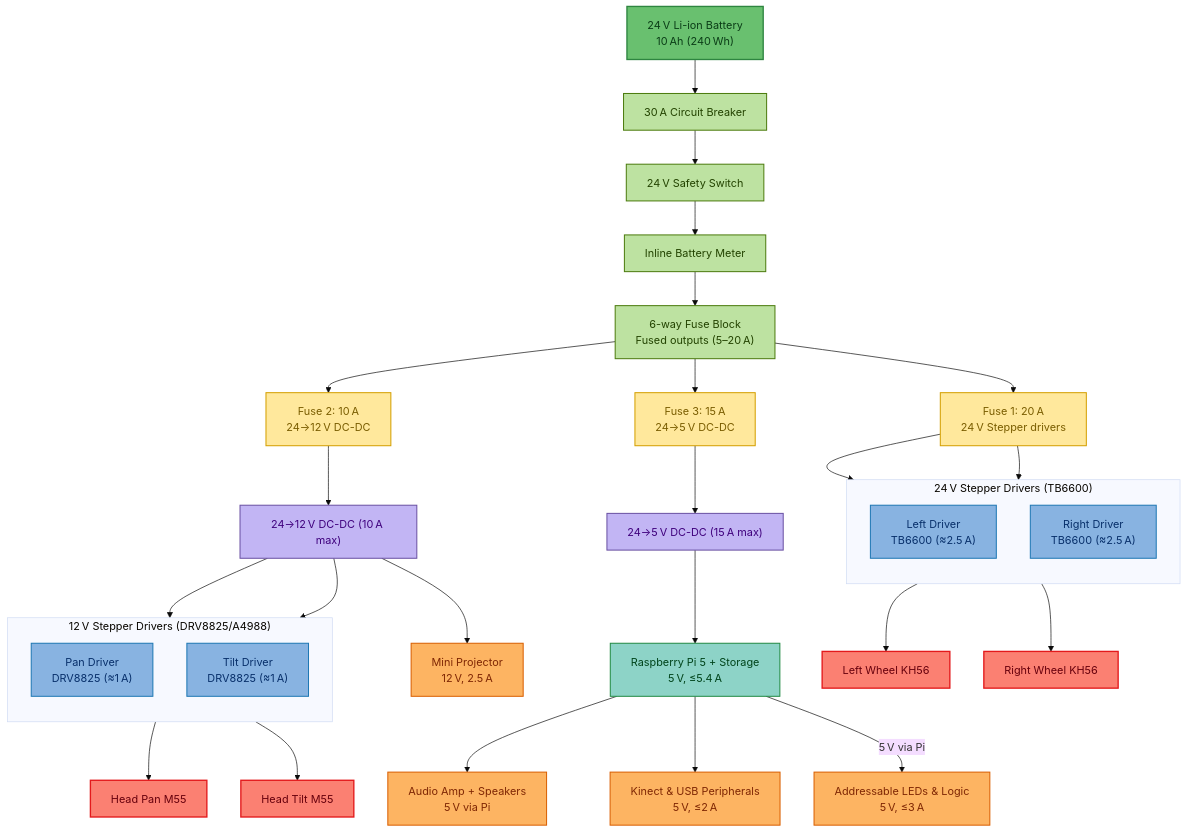
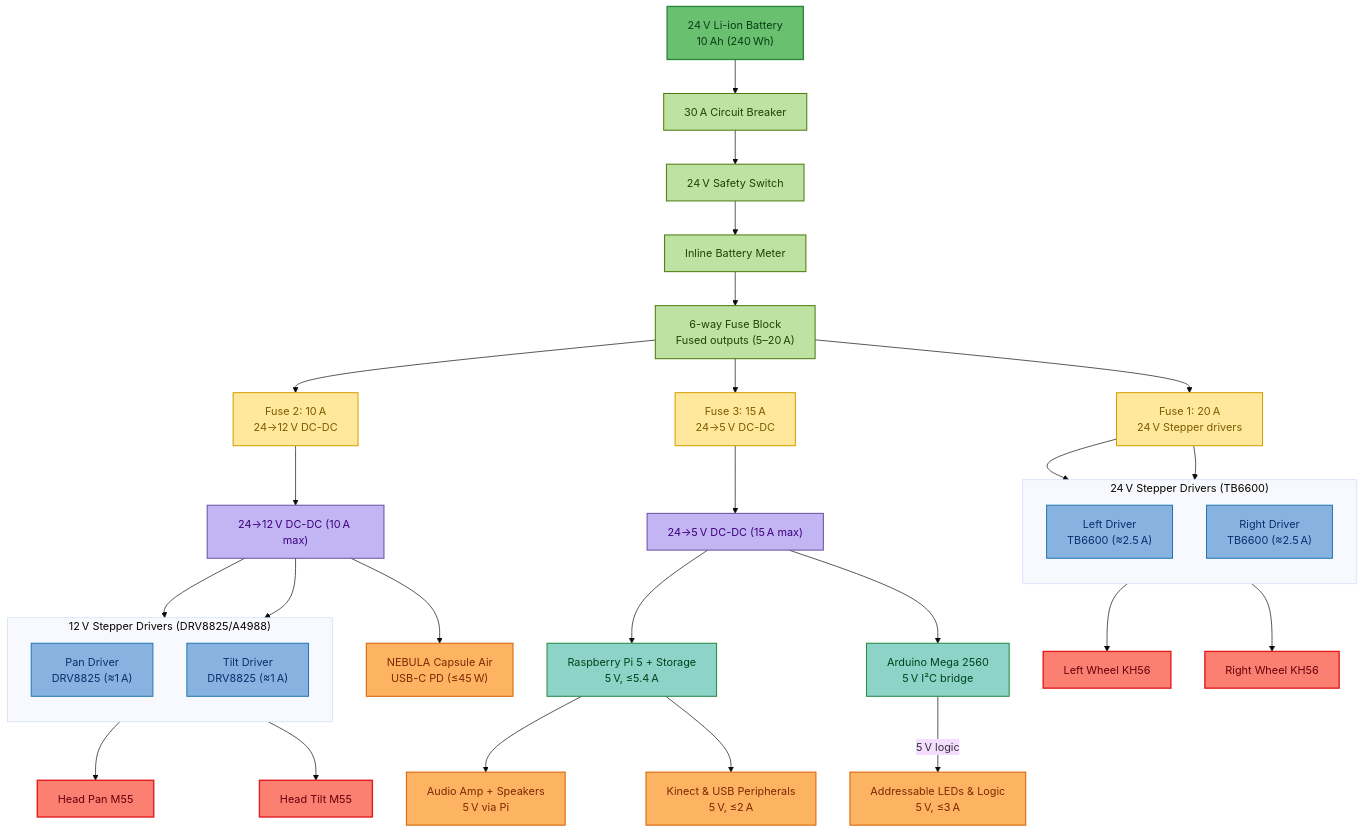
One commit to Mutilar/Marp changed the first of 2 diagrams in readme.md. Above: the diagram before and after it, drawn with Mermaid (base theme). The commit also changed other lines of this file and 2 other files, not shown here.

````diff
--- a/readme.md
+++ b/readme.md
@@ -19,62 +19,65 @@
 ```mermaid
 graph TD
     Battery["24 V Li-ion Battery\n10 Ah (240 Wh)"]
     Breaker["30 A Circuit Breaker"]
     Switch["24 V Safety Switch"]
     Meter["Inline Battery Meter"]
     FuseBlock["6-way Fuse Block\nFused outputs (5–20 A)"]
     FuseStepper24["Fuse 1: 20 A\n24 V Stepper drivers"]
     FuseBuck12["Fuse 2: 10 A\n24→12 V DC-DC"]
     FuseBuck5["Fuse 3: 15 A\n24→5 V DC-DC"]
     subgraph StepperDrivers24["24 V Stepper Drivers (TB6600)"]
         direction TB
         Stepper24Left["Left Driver\nTB6600 (≈2.5 A)"]
         Stepper24Right["Right Driver\nTB6600 (≈2.5 A)"]
     end
     Buck12["24→12 V DC-DC (10 A max)"]
     Buck5["24→5 V DC-DC (15 A max)"]
     subgraph StepperDrivers12["12 V Stepper Drivers (DRV8825/A4988)"]
         direction TB
         Stepper12Pan["Pan Driver\nDRV8825 (≈1 A)"]
         Stepper12Tilt["Tilt Driver\nDRV8825 (≈1 A)"]
     end
-    Projector["Mini Projector\n12 V, 2.5 A"]
+    Projector["NEBULA Capsule Air\nUSB-C PD (≤45 W)"]
     Audio["Audio Amp + Speakers\n5 V via Pi"]
     Pi["Raspberry Pi 5 + Storage\n5 V, ≤5.4 A"]
+    Arduino["Arduino Mega 2560\n5 V I²C bridge"]
     Kinect["Kinect & USB Peripherals\n5 V, ≤2 A"]
     LEDs["Addressable LEDs & Logic\n5 V, ≤3 A"]
 
     Battery --> Breaker --> Switch --> Meter --> FuseBlock
     FuseBlock --> FuseStepper24 --> Stepper24Left
     FuseStepper24 --> Stepper24Right
     FuseBlock --> FuseBuck12 --> Buck12
     Buck12 --> Stepper12Pan
     Buck12 --> Stepper12Tilt
     Buck12 --> Projector
     FuseBlock --> FuseBuck5 --> Buck5 --> Pi
+    Buck5 --> Arduino
     Pi --> Audio
     Pi --> Kinect
-    Pi -->|5 V via Pi| LEDs
+    Arduino -->|5 V logic| LEDs
     Stepper24Left --> LeftWheel["Left Wheel KH56"]
     Stepper24Right --> RightWheel["Right Wheel KH56"]
     Stepper12Pan --> HeadPan["Head Pan M55"]
     Stepper12Tilt --> HeadTilt["Head Tilt M55"]
 
     class Battery battery
     class Breaker,Switch,Meter,FuseBlock distribution
     class FuseStepper24,FuseBuck12,FuseBuck5 fuse
     class Stepper24Left,Stepper24Right,Stepper12Pan,Stepper12Tilt driver
     class Buck12,Buck5 converter
     class Pi compute
+    class Arduino compute
     class Projector,Audio,Kinect,LEDs peripheral
     class LeftWheel,RightWheel,HeadPan,HeadTilt motor
 
     classDef battery fill:#69c06f,stroke:#2e8540,color:#0b3d17,stroke-width:2px
     classDef distribution fill:#bde2a1,stroke:#4d7c0f,color:#234300,stroke-width:1.5px
     classDef fuse fill:#ffe89c,stroke:#d49f00,color:#7a5d00,stroke-width:1.5px
     classDef driver fill:#88b3e1,stroke:#1f78b4,color:#08306b,stroke-width:1.5px
     classDef converter fill:#c2b5f4,stroke:#6a51a3,color:#3f007d,stroke-width:1.5px
     classDef compute fill:#8dd3c7,stroke:#238b45,color:#00441b,stroke-width:1.5px
     classDef peripheral fill:#fdb462,stroke:#d95f02,color:#7f2704,stroke-width:1.5px
     classDef motor fill:#fb8072,stroke:#e31a1c,color:#67000d,stroke-width:2px
 ```
````
